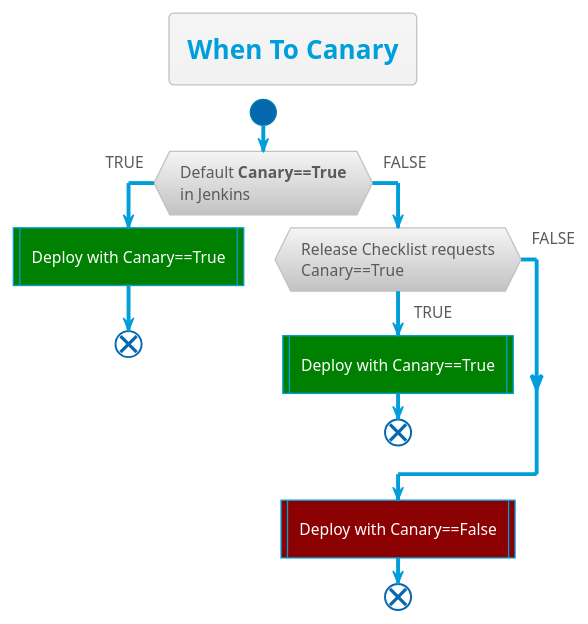
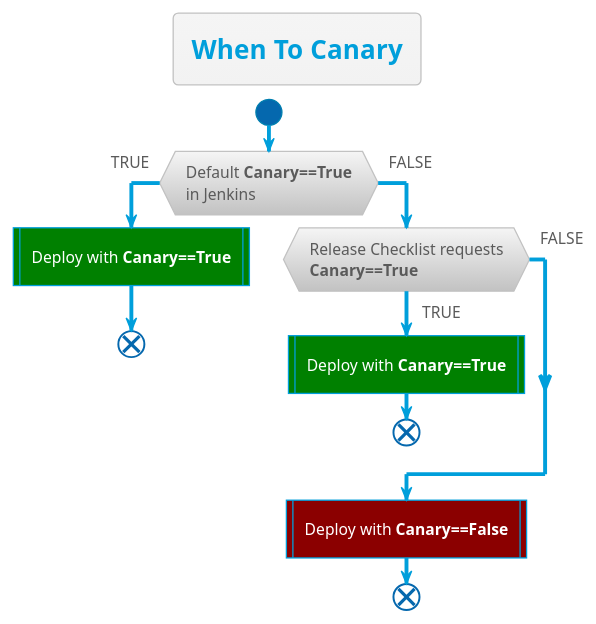
The diagram in src/GeneralDeploymentFlow/whenToCanary.plantuml (thetomitomo/diagrams), drawn with PlantUML before and after one commit.

```diff
--- a/src/GeneralDeploymentFlow/whenToCanary.plantuml
+++ b/src/GeneralDeploymentFlow/whenToCanary.plantuml
@@ -1,21 +1,21 @@
 @startuml
 !theme bluegray
 
 title When To Canary
 
 start
 
 if (Default **Canary==True**\nin Jenkins) then (TRUE)
-    #Green:Deploy with Canary==True|
+    #Green:Deploy with **Canary==True**|
     end
 else (FALSE)
-    if (Release Checklist requests\nCanary==True) then (TRUE)
-        #Green:Deploy with Canary==True|
+    if (Release Checklist requests\n**Canary==True**) then (TRUE)
+        #Green:Deploy with **Canary==True**|
         end
     else(FALSE)
-        
+
 endif
-#DarkRed:Deploy with Canary==False|
+#DarkRed:Deploy with **Canary==False**|
 end
 
 @enduml
```
